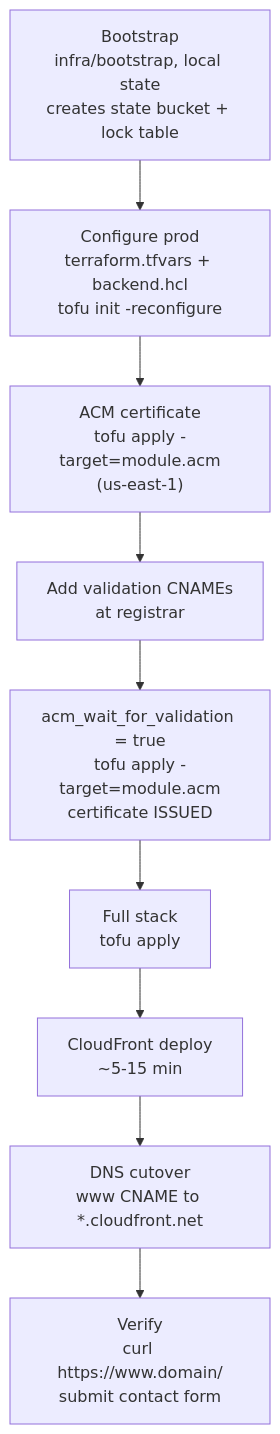
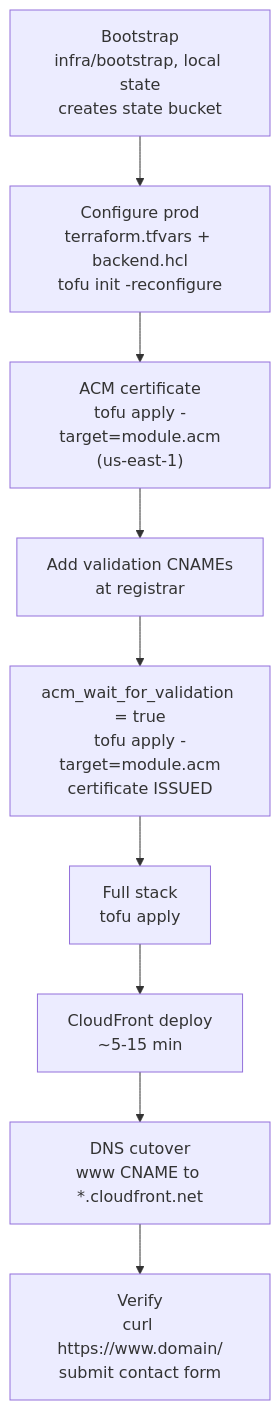
The first of 2 diagrams in infra/README.md (vasichkin/aws-zero-cost-hosting), drawn with Mermaid before and after one commit. The commit also changed other lines of this file and 13 other files, not shown here.

````diff
--- a/infra/README.md
+++ b/infra/README.md
@@ -45,14 +44,14 @@
 ```mermaid
 flowchart TD
-  Boot["Bootstrap<br/>infra/bootstrap, local state<br/>creates state bucket + lock table"]
+  Boot["Bootstrap<br/>infra/bootstrap, local state<br/>creates state bucket"]
   Cfg["Configure prod<br/>terraform.tfvars + backend.hcl<br/>tofu init -reconfigure"]
   Cert["ACM certificate<br/>tofu apply -target=module.acm<br/>(us-east-1)"]
   Val["Add validation CNAMEs<br/>at registrar"]
   Issued["acm_wait_for_validation = true<br/>tofu apply -target=module.acm<br/>certificate ISSUED"]
   Full["Full stack<br/>tofu apply"]
   Wait["CloudFront deploy<br/>~5-15 min"]
   Live["DNS cutover<br/>www CNAME to *.cloudfront.net"]
   Test["Verify<br/>curl https://www.domain/<br/>submit contact form"]
 
   Boot --> Cfg --> Cert --> Val --> Issued --> Full --> Wait --> Live --> Test
 ```
````
